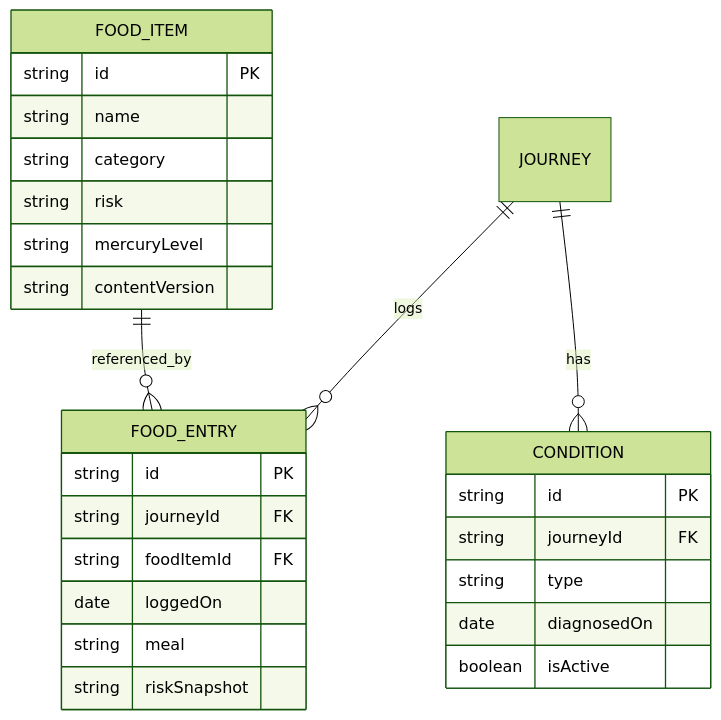
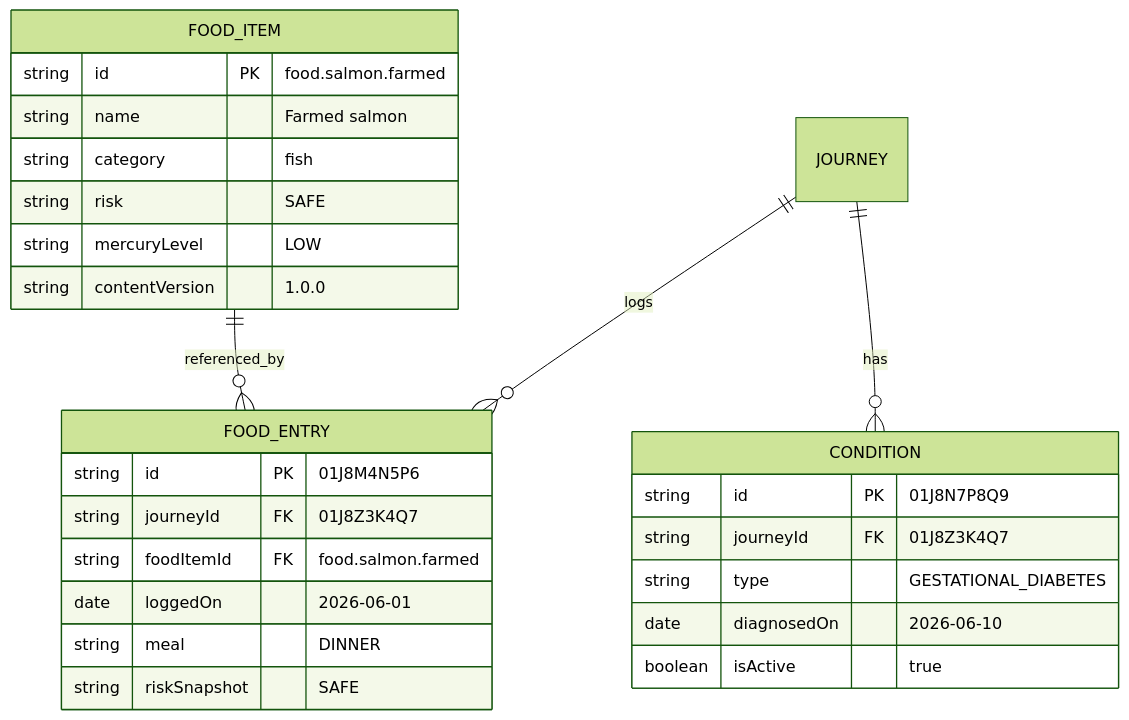
Before and after one commit to headache-sh2l/cocobean: the fourth of 10 diagrams in docs/domain-model-entity-relation.md, drawn with Mermaid (forest theme). The commit also changed other lines of this file, not shown here.

````diff
--- a/docs/domain-model-entity-relation.md
+++ b/docs/domain-model-entity-relation.md
@@ -179,30 +180,30 @@
 ```mermaid
 erDiagram
     JOURNEY ||--o{ FOOD_ENTRY : logs
     JOURNEY ||--o{ CONDITION : has
     FOOD_ITEM ||--o{ FOOD_ENTRY : referenced_by
 
     FOOD_ITEM {
-        string id PK
-        string name
-        string category
-        string risk
-        string mercuryLevel
-        string contentVersion
+        string id PK "food.salmon.farmed"
+        string name "Farmed salmon"
+        string category "fish"
+        string risk "SAFE"
+        string mercuryLevel "LOW"
+        string contentVersion "1.0.0"
     }
     FOOD_ENTRY {
-        string id PK
-        string journeyId FK
-        string foodItemId FK
-        date loggedOn
-        string meal
-        string riskSnapshot
+        string id PK "01J8M4N5P6"
+        string journeyId FK "01J8Z3K4Q7"
+        string foodItemId FK "food.salmon.farmed"
+        date loggedOn "2026-06-01"
+        string meal "DINNER"
+        string riskSnapshot "SAFE"
     }
     CONDITION {
-        string id PK
-        string journeyId FK
-        string type
-        date diagnosedOn
-        boolean isActive
+        string id PK "01J8N7P8Q9"
+        string journeyId FK "01J8Z3K4Q7"
+        string type "GESTATIONAL_DIABETES"
+        date diagnosedOn "2026-06-10"
+        boolean isActive "true"
     }
 ```
````
